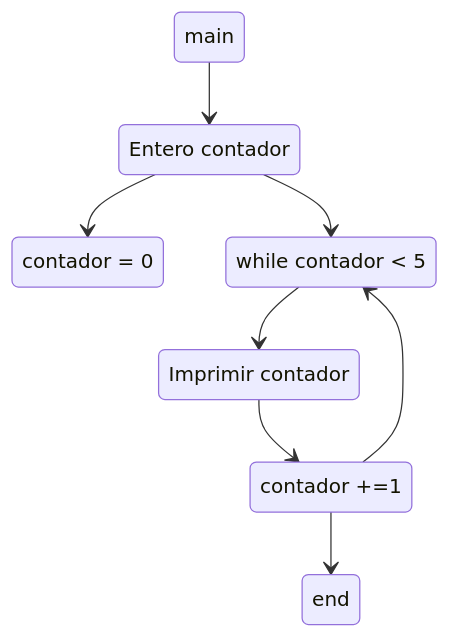
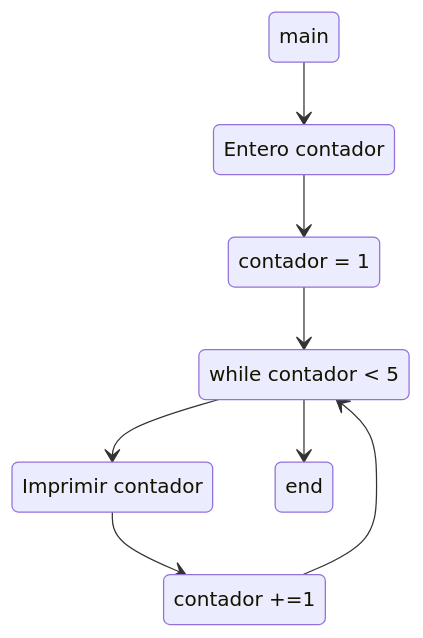
One commit to ValentinJM/TP-8 changed the diagram in Ejercicios/3.md. Above: the diagram before and after it, drawn with Mermaid.

````diff
--- a/Ejercicios/3.md
+++ b/Ejercicios/3.md
@@ -1,15 +1,15 @@
 ```mermaid
 stateDiagram-v2
 state "Entero contador" as cont
-state "contador = 0" as valor
+state "contador = 1" as valor
 state "while contador < 5" as cond
 state "Imprimir contador" as print
 state "contador +=1" as suma
     main --> cont
     cont --> valor
-    cont --> cond
+    valor --> cond
     cond --> print
     print --> suma
     suma --> cond
-    suma --> end
+    cond --> end
 ```
````
